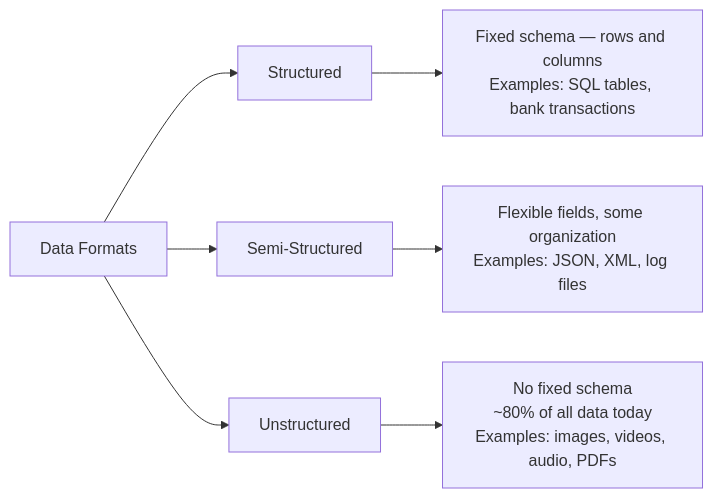
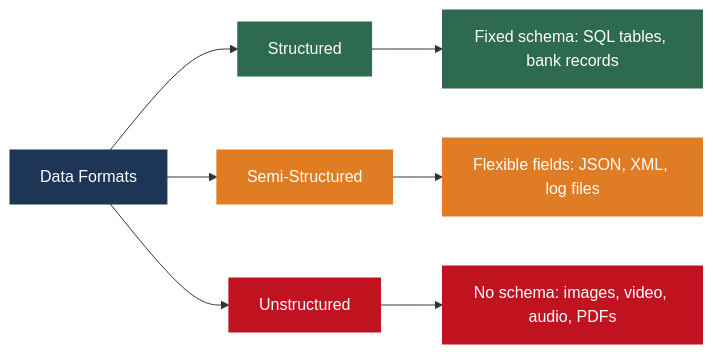
Before and after one commit to MuhammadTahaNasir/Big-Data-Analytics-Notes: the second of 9 diagrams in Week1/Lecture1_BigData_Fundamentals.md, drawn with Mermaid. The commit also changed other lines of this file, not shown here.

First line of the commit message:
Add Week 1 lecture notes on Big Data fundamentals

````diff
--- a/Week1/Lecture1_BigData_Fundamentals.md
+++ b/Week1/Lecture1_BigData_Fundamentals.md
@@ -83,10 +81,18 @@
 ```mermaid
 flowchart LR
     A[Data Formats] --> B[Structured]
     A --> C[Semi-Structured]
     A --> D[Unstructured]
 
-    B --> B1["Fixed schema — rows and columns\nExamples: SQL tables, bank transactions"]
-    C --> C1["Flexible fields, some organization\nExamples: JSON, XML, log files"]
-    D --> D1["No fixed schema\n~80% of all data today\nExamples: images, videos, audio, PDFs"]
+    B --> B1[Fixed schema: SQL tables, bank records]
+    C --> C1[Flexible fields: JSON, XML, log files]
+    D --> D1[No schema: images, video, audio, PDFs]
+
+    style A fill:#1d3557,color:#fff,stroke:#1d3557
+    style B fill:#2d6a4f,color:#fff,stroke:#2d6a4f
+    style C fill:#e07c24,color:#fff,stroke:#e07c24
+    style D fill:#c1121f,color:#fff,stroke:#c1121f
+    style B1 fill:#2d6a4f,color:#fff,stroke:#2d6a4f
+    style C1 fill:#e07c24,color:#fff,stroke:#e07c24
+    style D1 fill:#c1121f,color:#fff,stroke:#c1121f
 ```
````
